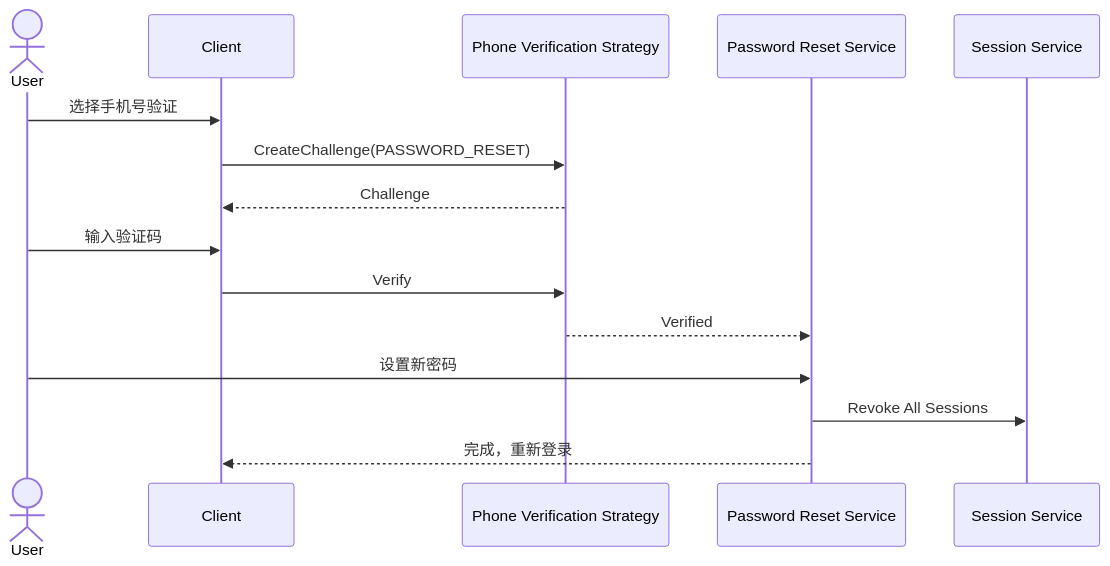
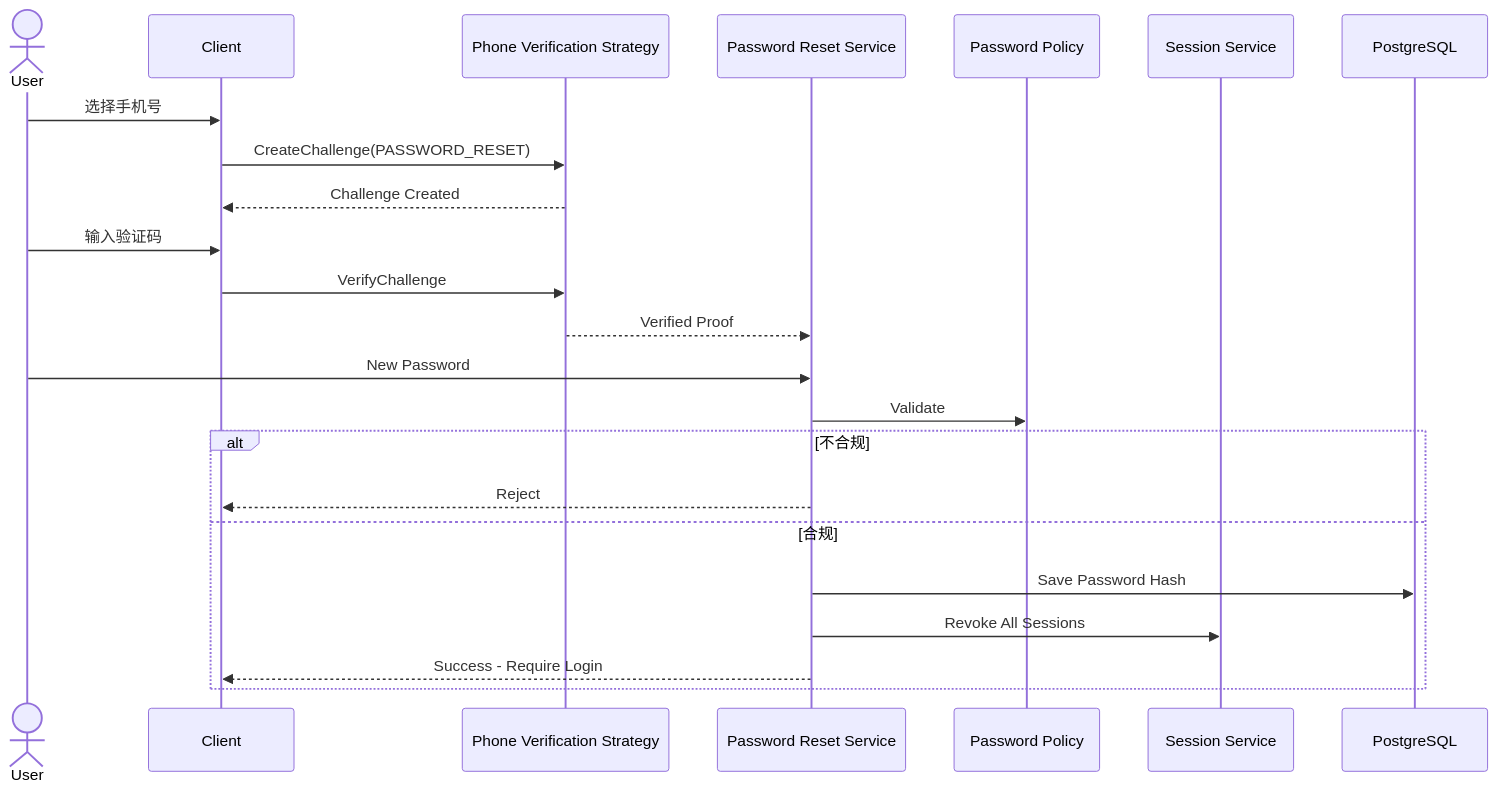
Before and after one commit to sxyq/mastergoods: the third of 7 diagrams in docs/system-design/01-账户与身份/04-密码与账号恢复.md, drawn with Mermaid. The commit also changed other lines of this file and 6 other files, not shown here.

````diff
--- a/docs/system-design/01-账户与身份/04-密码与账号恢复.md
+++ b/docs/system-design/01-账户与身份/04-密码与账号恢复.md
@@ -63,18 +114,29 @@
 ```mermaid
 sequenceDiagram
     actor U as User
     participant C as Client
     participant VERIFY as Phone Verification Strategy
     participant RESET as Password Reset Service
+    participant POLICY as Password Policy
     participant SESSION as Session Service
+    participant DB as PostgreSQL
 
-    U->>C: 选择手机号验证
+    U->>C: 选择手机号
     C->>VERIFY: CreateChallenge(PASSWORD_RESET)
-    VERIFY-->>C: Challenge
+    VERIFY-->>C: Challenge Created
+
     U->>C: 输入验证码
-    C->>VERIFY: Verify
-    VERIFY-->>RESET: Verified
-    U->>RESET: 设置新密码
-    RESET->>SESSION: Revoke All Sessions
-    RESET-->>C: 完成，重新登录
+    C->>VERIFY: VerifyChallenge
+    VERIFY-->>RESET: Verified Proof
+
+    U->>RESET: New Password
+    RESET->>POLICY: Validate
+
+    alt 不合规
+        RESET-->>C: Reject
+    else 合规
+        RESET->>DB: Save Password Hash
+        RESET->>SESSION: Revoke All Sessions
+        RESET-->>C: Success - Require Login
+    end
 ```
````
